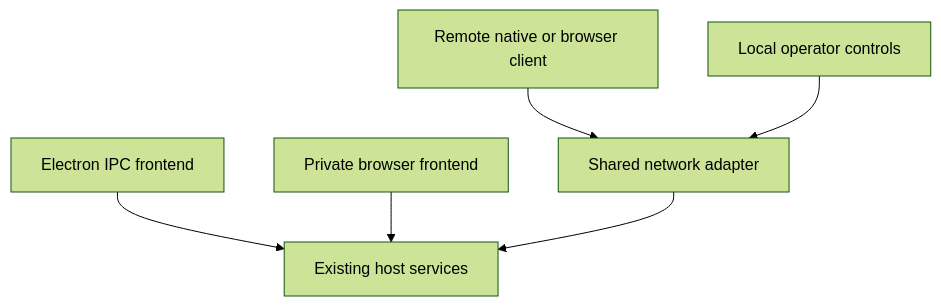
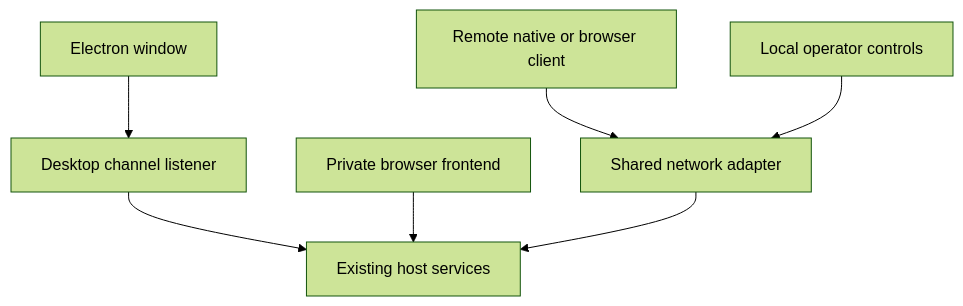
Before and after one commit to Maxsky5/openducktor: the diagram in docs/remote-host-protocol.md, drawn with Mermaid (forest theme). The commit also changed other lines of this file and 57 other files, not shown here.

First line of the commit message:
feat(host): cancel host reads and serve desktop windows over the channel

````diff
--- a/docs/remote-host-protocol.md
+++ b/docs/remote-host-protocol.md
@@ -44,8 +44,9 @@
 ```mermaid
 flowchart TD
-    E["Electron IPC frontend"] --> H["Existing host services"]
+    E["Electron window"] --> D["Desktop channel listener"]
+    D --> H["Existing host services"]
     L["Private browser frontend"] --> H
     R["Remote native or browser client"] --> N["Shared network adapter"]
     N --> H
     O["Local operator controls"] --> N
 ```
````
